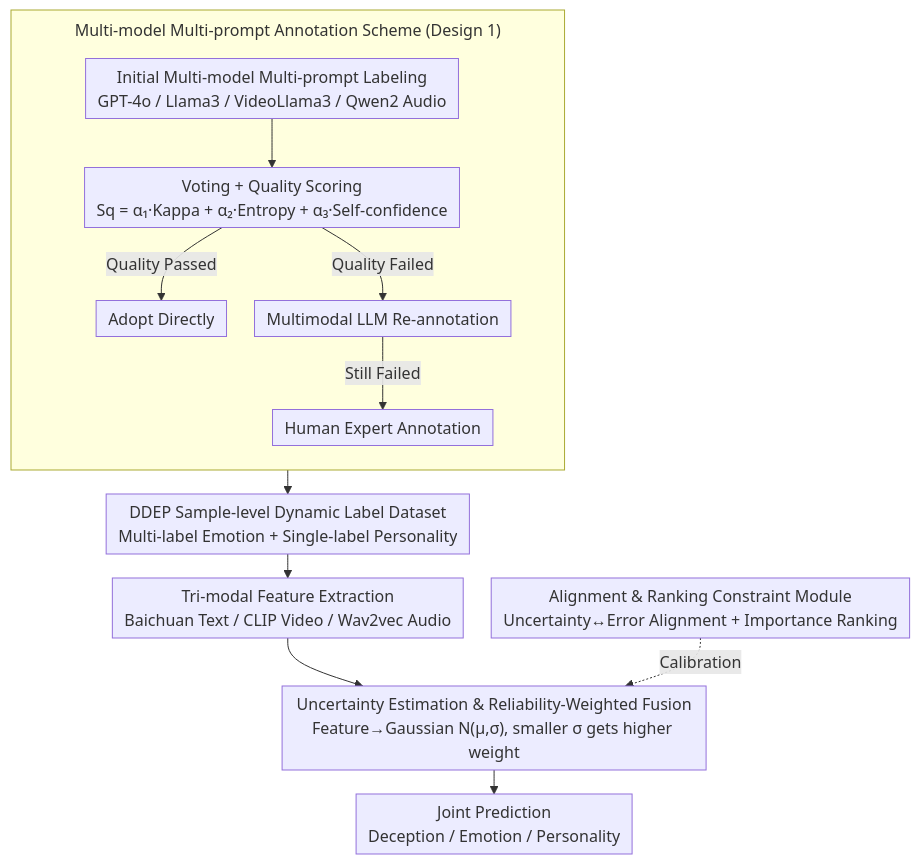
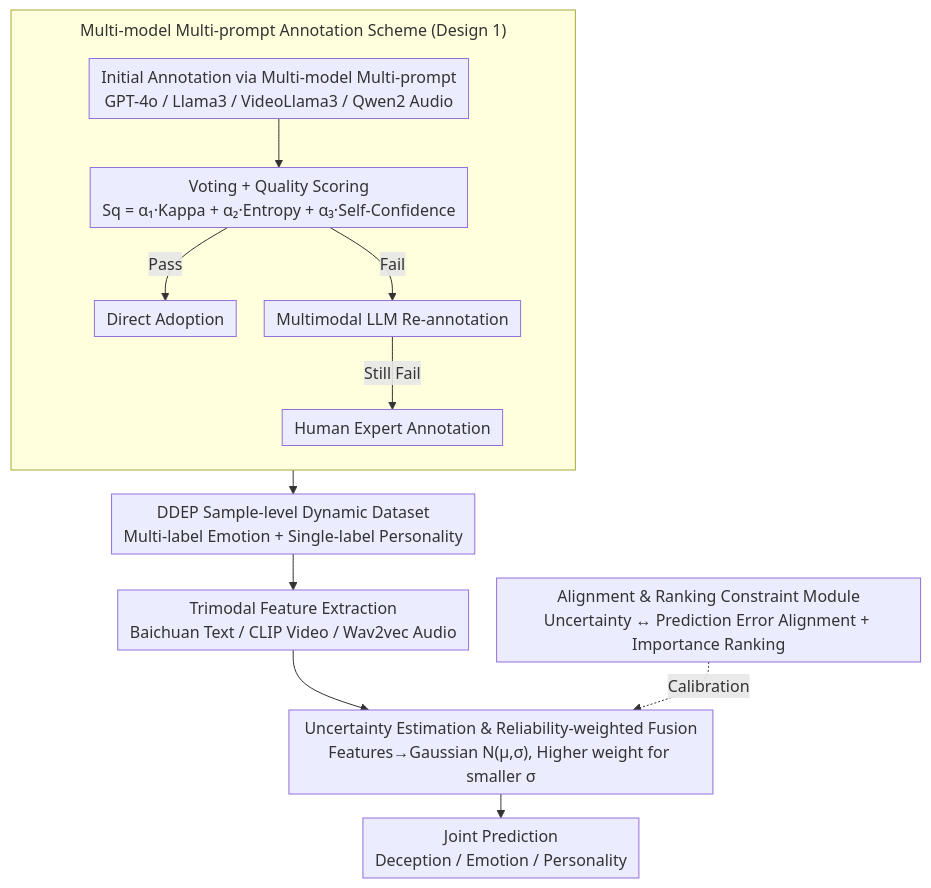
One commit to zhaoyang97/Paper-Notes-en changed the diagram in docs/ACL2026/multimodal_vlm/dynamic_emotion_and_personality_profiling_for_multimodal_deception_detection.md. Above: the diagram before and after it, drawn with Mermaid. The commit also changed other lines of this file and 5084 other files, not shown here.

````diff
--- a/docs/ACL2026/multimodal_vlm/dynamic_emotion_and_personality_profiling_for_multimodal_deception_detection.md
+++ b/docs/ACL2026/multimodal_vlm/dynamic_emotion_and_personality_profiling_for_multimodal_deception_detection.md
@@ -42,16 +42,16 @@
 ```mermaid
 %%{init: {'flowchart': {'rankSpacing': 24, 'nodeSpacing': 28, 'padding': 6, 'wrappingWidth': 400, 'subGraphTitleMargin': {'top': 8, 'bottom': 16}}}}%%
 flowchart TD
     subgraph DATA["Multi-model Multi-prompt Annotation Scheme (Design 1)"]
         direction TB
-        A1["Initial Multi-model Multi-prompt Labeling<br/>GPT-4o / Llama3 / VideoLlama3 / Qwen2 Audio"] --> A2["Voting + Quality Scoring<br/>Sq = α₁·Kappa + α₂·Entropy + α₃·Self-confidence"]
-        A2 -->|Quality Passed| A3["Adopt Directly"]
-        A2 -->|Quality Failed| A4["Multimodal LLM Re-annotation"]
-        A4 -->|Still Failed| A5["Human Expert Annotation"]
+        A1["Initial Annotation via Multi-model Multi-prompt<br/>GPT-4o / Llama3 / VideoLlama3 / Qwen2 Audio"] --> A2["Voting + Quality Scoring<br/>Sq = α₁·Kappa + α₂·Entropy + α₃·Self-Confidence"]
+        A2 -->|Pass| A3["Direct Adoption"]
+        A2 -->|Fail| A4["Multimodal LLM Re-annotation"]
+        A4 -->|Still Fail| A5["Human Expert Annotation"]
     end
-    DATA --> DS["DDEP Sample-level Dynamic Label Dataset<br/>Multi-label Emotion + Single-label Personality"]
-    DS --> F["Tri-modal Feature Extraction<br/>Baichuan Text / CLIP Video / Wav2vec Audio"]
-    F --> U["Uncertainty Estimation & Reliability-Weighted Fusion<br/>Feature→Gaussian N(μ,σ), smaller σ gets higher weight"]
-    C["Alignment & Ranking Constraint Module<br/>Uncertainty↔Error Alignment + Importance Ranking"] -.Calibration.-> U
+    DATA --> DS["DDEP Sample-level Dynamic Dataset<br/>Multi-label Emotion + Single-label Personality"]
+    DS --> F["Trimodal Feature Extraction<br/>Baichuan Text / CLIP Video / Wav2vec Audio"]
+    F --> U["Uncertainty Estimation & Reliability-weighted Fusion<br/>Features→Gaussian N(μ,σ), Higher weight for smaller σ"]
+    C["Alignment & Ranking Constraint Module<br/>Uncertainty ↔ Prediction Error Alignment + Importance Ranking"] -.Calibration.-> U
     U --> P["Joint Prediction<br/>Deception / Emotion / Personality"]
 ```
````
